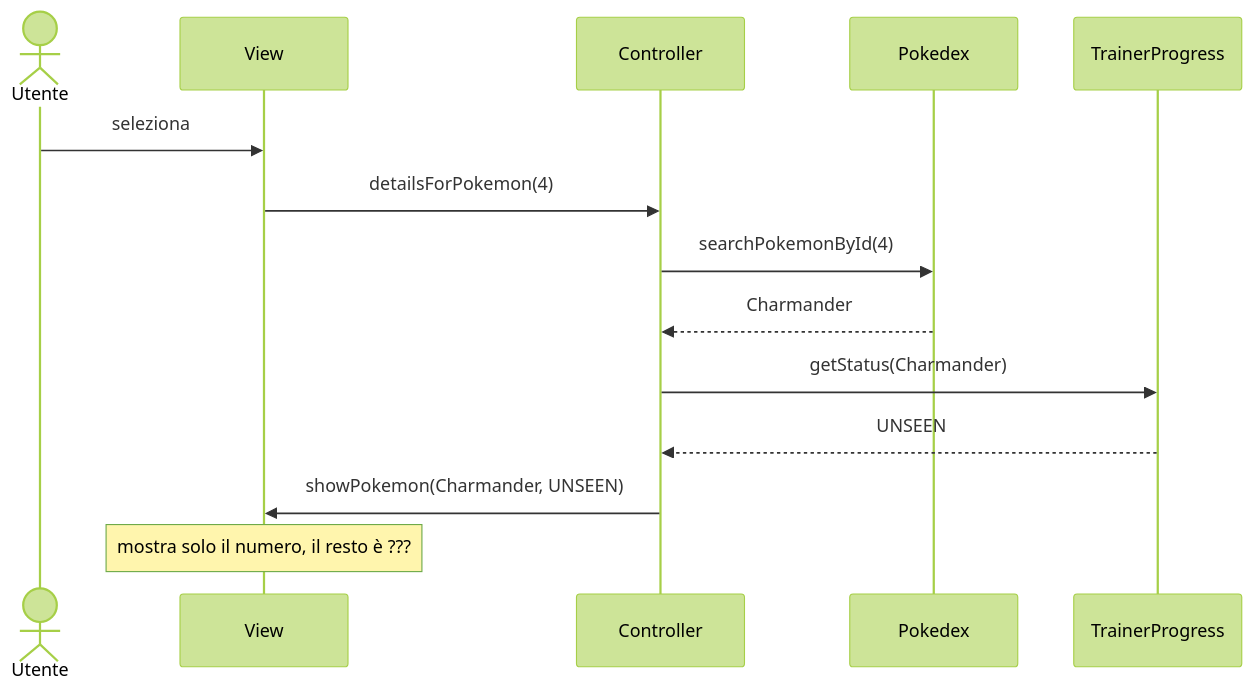
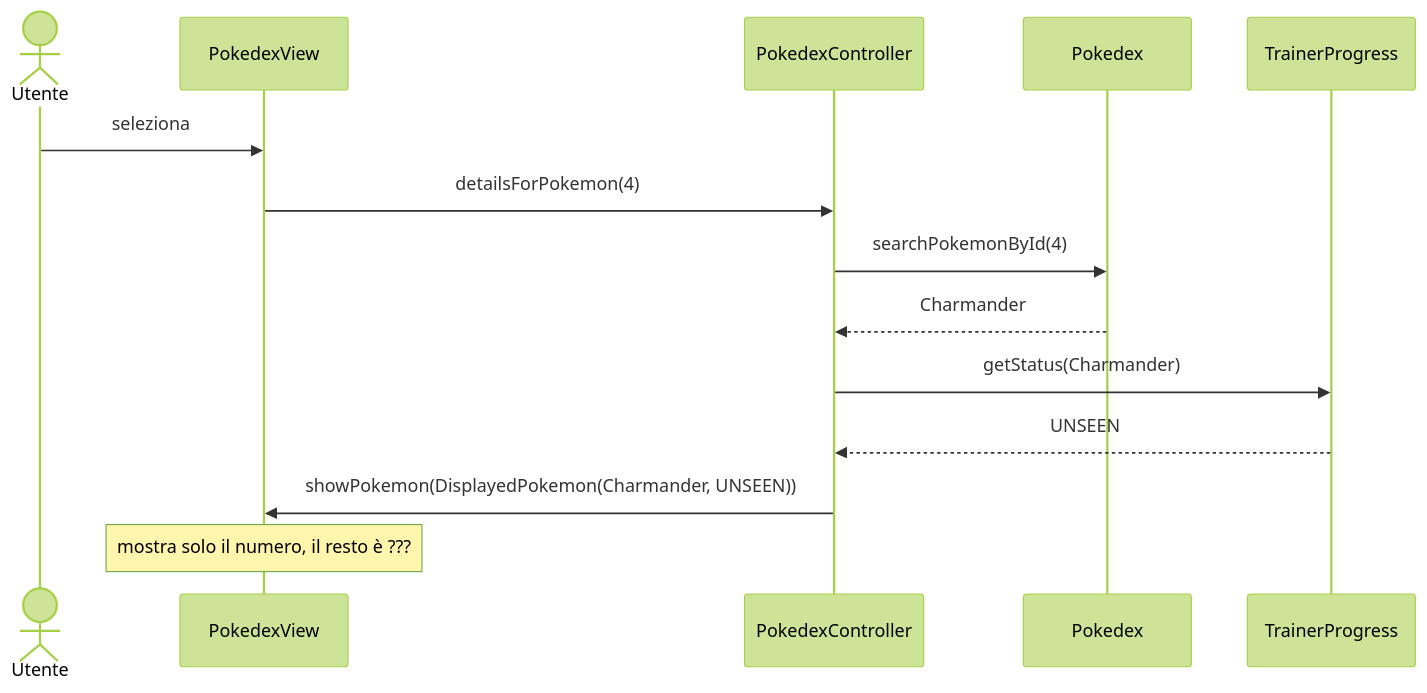
Before and after one commit to cric96/pss-pokedex-fx: the second of 3 diagrams in docs/architettura.md, drawn with Mermaid (forest theme). The commit also changed other lines of this file and 5 other files, not shown here.

First line of the commit message:
docs: analysis, architecture and detailed design following the report template

````diff
--- a/docs/architettura.md
+++ b/docs/architettura.md
@@ -76,16 +105,16 @@
 ```mermaid
 sequenceDiagram
     actor U as Utente
-    participant V as View
-    participant C as Controller
+    participant V as PokedexView
+    participant C as PokedexController
     participant P as Pokedex
     participant T as TrainerProgress
     U->>V: seleziona #004 nell'elenco
     V->>C: detailsForPokemon(4)
     C->>P: searchPokemonById(4)
     P-->>C: Charmander
     C->>T: getStatus(Charmander)
     T-->>C: UNSEEN
-    C->>V: showPokemon(Charmander, UNSEEN)
+    C->>V: showPokemon(DisplayedPokemon(Charmander, UNSEEN))
     Note over V: mostra solo il numero, il resto è ???
 ```
````
